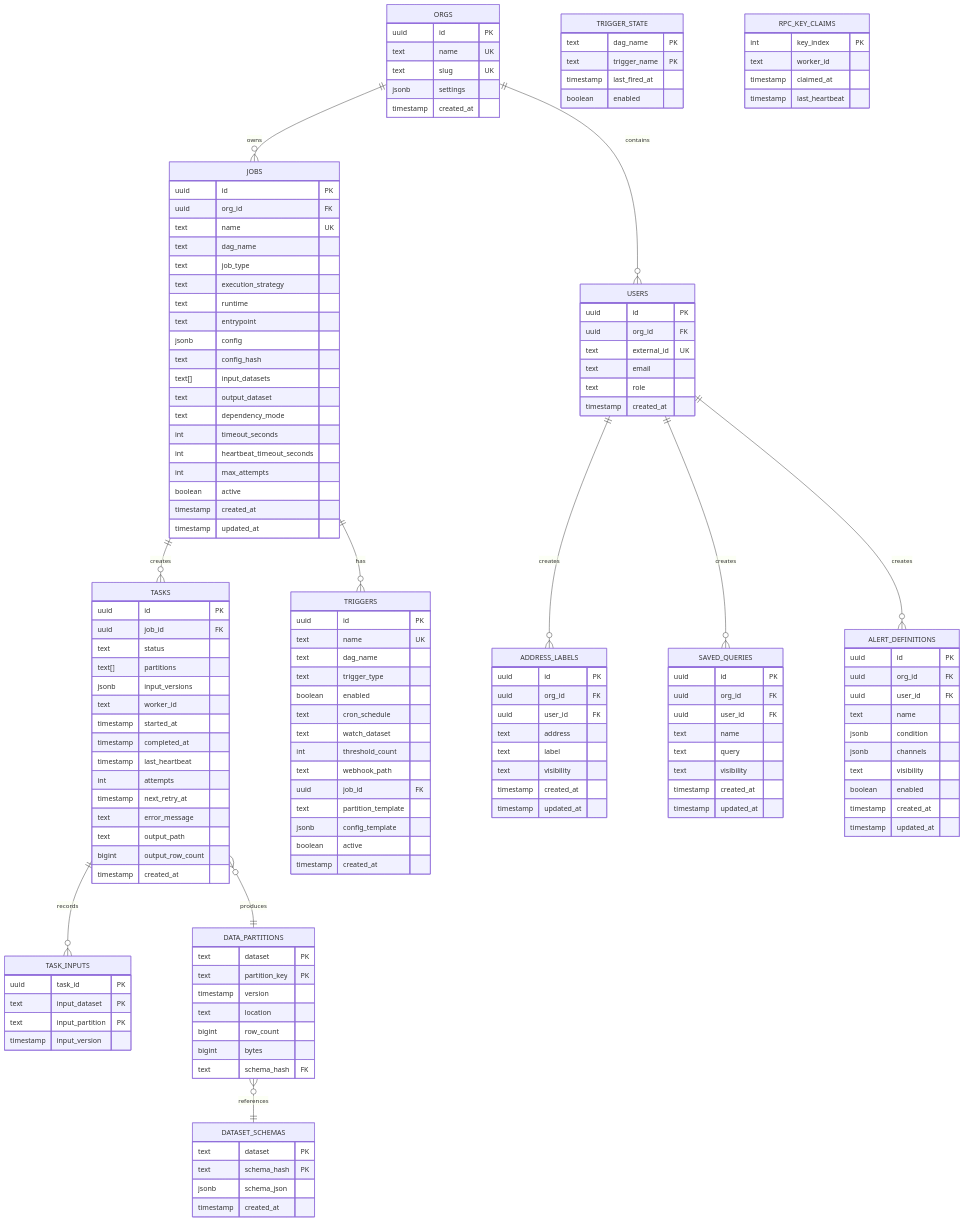
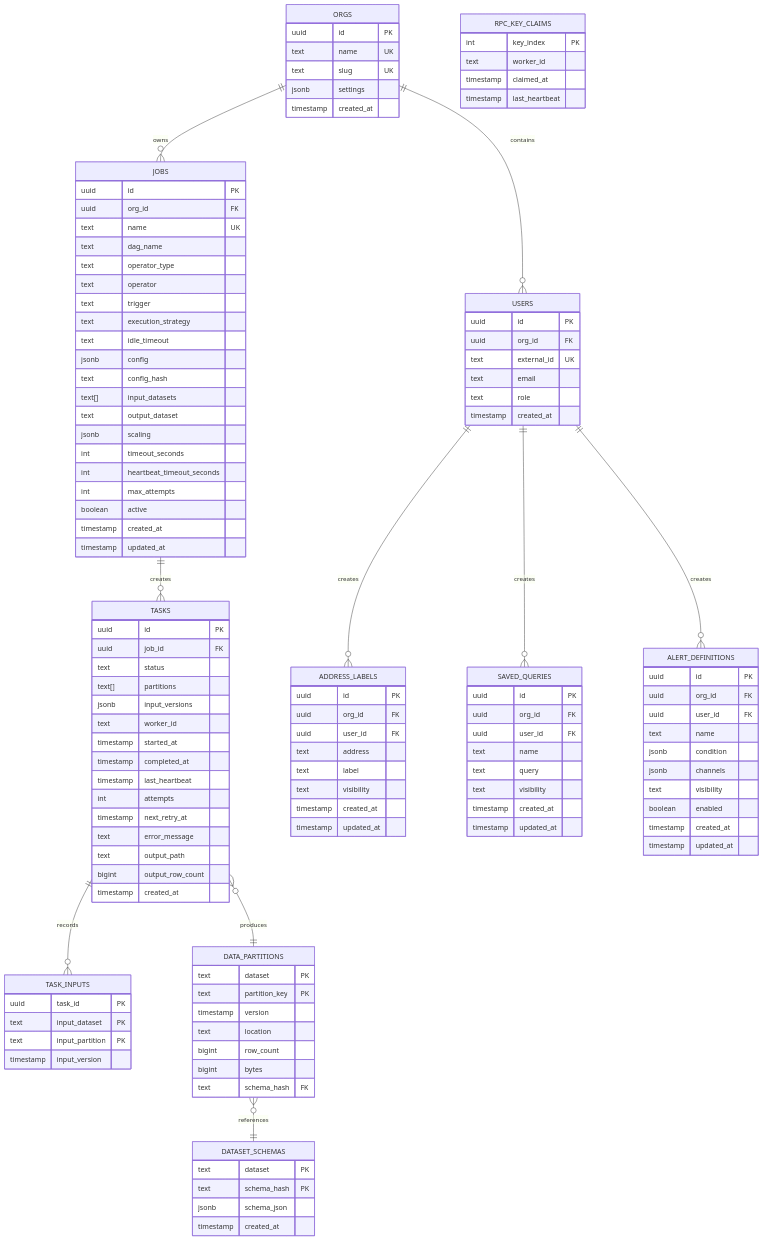
The second of 7 diagrams in docs/architecture/architecture.md (c7121/trace), drawn with Mermaid before and after one commit. The commit also changed other lines of this file and 17 other files, not shown here.

````diff
--- a/docs/architecture/architecture.md
+++ b/docs/architecture/architecture.md
@@ -261,7 +202,6 @@
 ```mermaid
 erDiagram
     JOBS ||--o{ TASKS : creates
-    JOBS ||--o{ TRIGGERS : has
     TASKS ||--o{ TASK_INPUTS : records
     TASKS }o--|| DATA_PARTITIONS : produces
     ORGS ||--o{ JOBS : owns
@@ -292,15 +232,16 @@
         uuid org_id FK
         text name UK
         text dag_name
-        text job_type
+        text operator_type
+        text operator
+        text trigger
         text execution_strategy
-        text runtime
-        text entrypoint
+        text idle_timeout
         jsonb config
         text config_hash
         text[] input_datasets
         text output_dataset
-        text dependency_mode
+        jsonb scaling
         int timeout_seconds
         int heartbeat_timeout_seconds
         int max_attempts
@@ -345,30 +286,6 @@
     }
     
     DATA_PARTITIONS }o--|| DATASET_SCHEMAS : references
-    
-    TRIGGERS {
-        uuid id PK
-        text name UK
-        text dag_name
-        text trigger_type
-        boolean enabled
-        text cron_schedule
-        text watch_dataset
-        int threshold_count
-        text webhook_path
-        uuid job_id FK
-        text partition_template
-        jsonb config_template
-        boolean active
-        timestamp created_at
-    }
-    
-    TRIGGER_STATE {
-        text dag_name PK
-        text trigger_name PK
-        timestamp last_fired_at
-        boolean enabled
-    }
     
     TASK_INPUTS {
         uuid task_id PK
````
